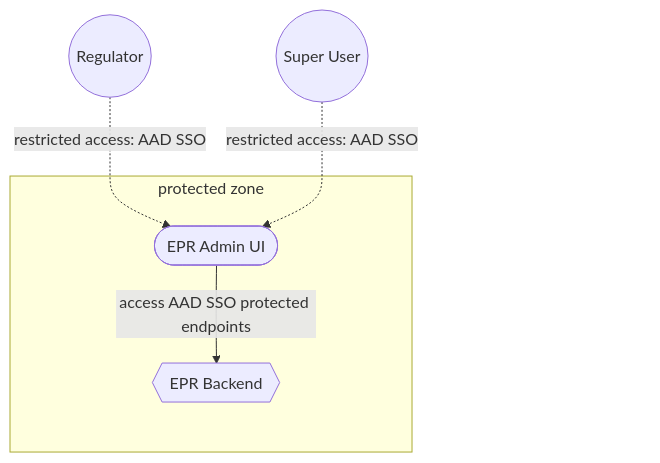
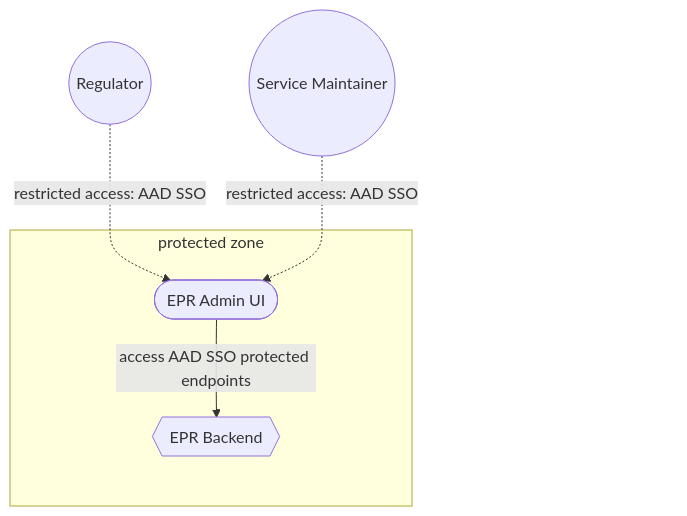
The diagram in docs/architecture/decisions/0005-data-updates-processing-pipeline-vs-admin-ui.md (DEFRA/epr-backend), drawn with Mermaid before and after one commit. The commit also changed 1 other file, not shown here.

Commit message:
rename Super User to Service Maintainer

````diff
--- a/docs/architecture/decisions/0005-data-updates-processing-pipeline-vs-admin-ui.md
+++ b/docs/architecture/decisions/0005-data-updates-processing-pipeline-vs-admin-ui.md
@@ -29,23 +29,23 @@
 ```mermaid
 flowchart TD;
-    SUPER-USER((Super User))
+    SUPER-USER((Service Maintainer))
     REGULATOR((Regulator))
 
   classDef invisible opacity:0
 
   subgraph protected zone
     subgraph PROTECTED-ZONE-NESTED
       EPR-ADMIN-UI([EPR Admin UI])
       EPR-BACKEND{{EPR Backend}}
     end
   end
 
   PROTECTED-ZONE-NESTED:::invisible
   PUBLIC-ZONE-NESTED:::invisible
 
   REGULATOR-. restricted access: AAD SSO .->EPR-ADMIN-UI;
   SUPER-USER-. restricted access: AAD SSO .->EPR-ADMIN-UI;
 
 
   EPR-ADMIN-UI--access AAD SSO protected endpoints -->EPR-BACKEND;
 ```
````
